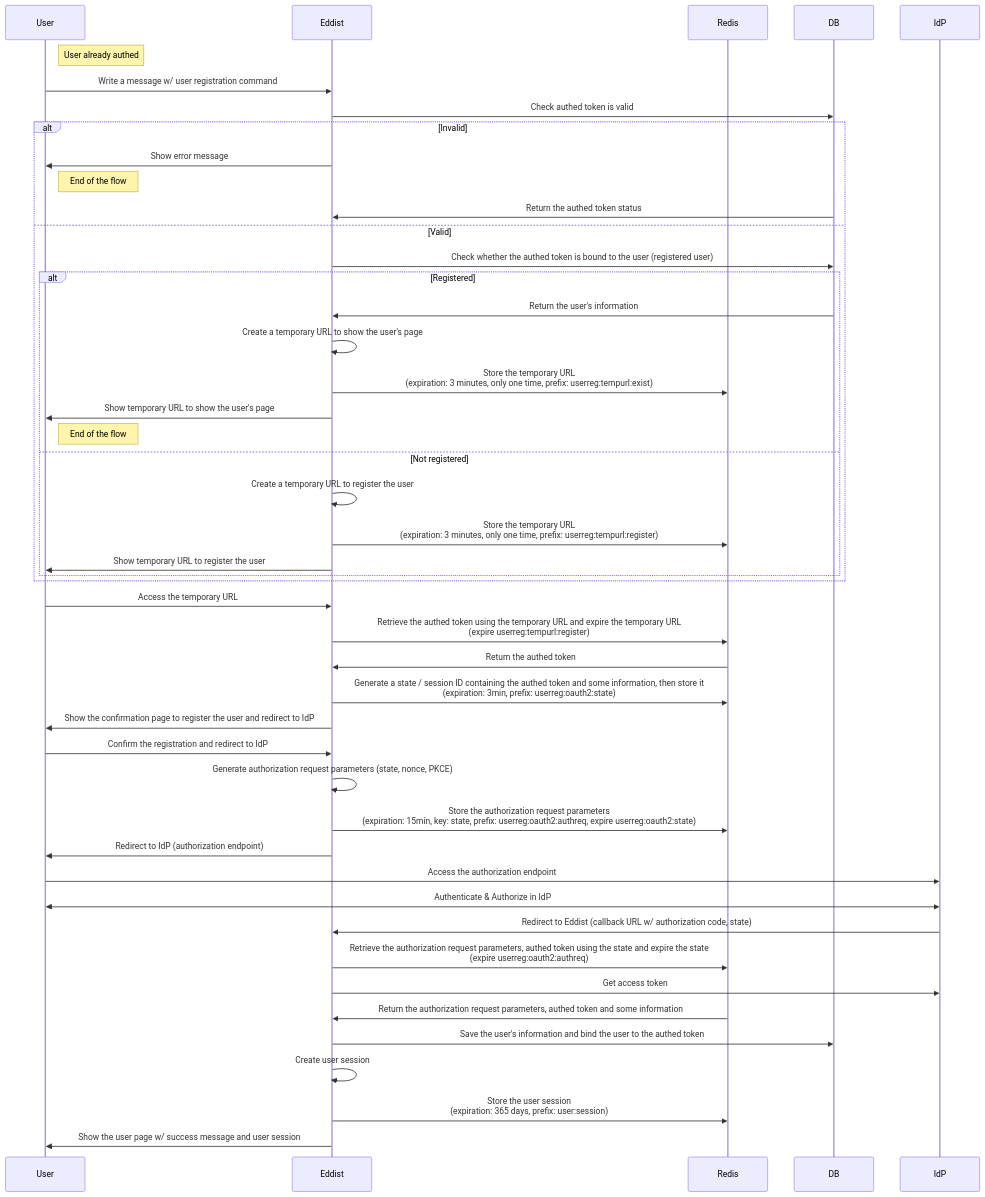
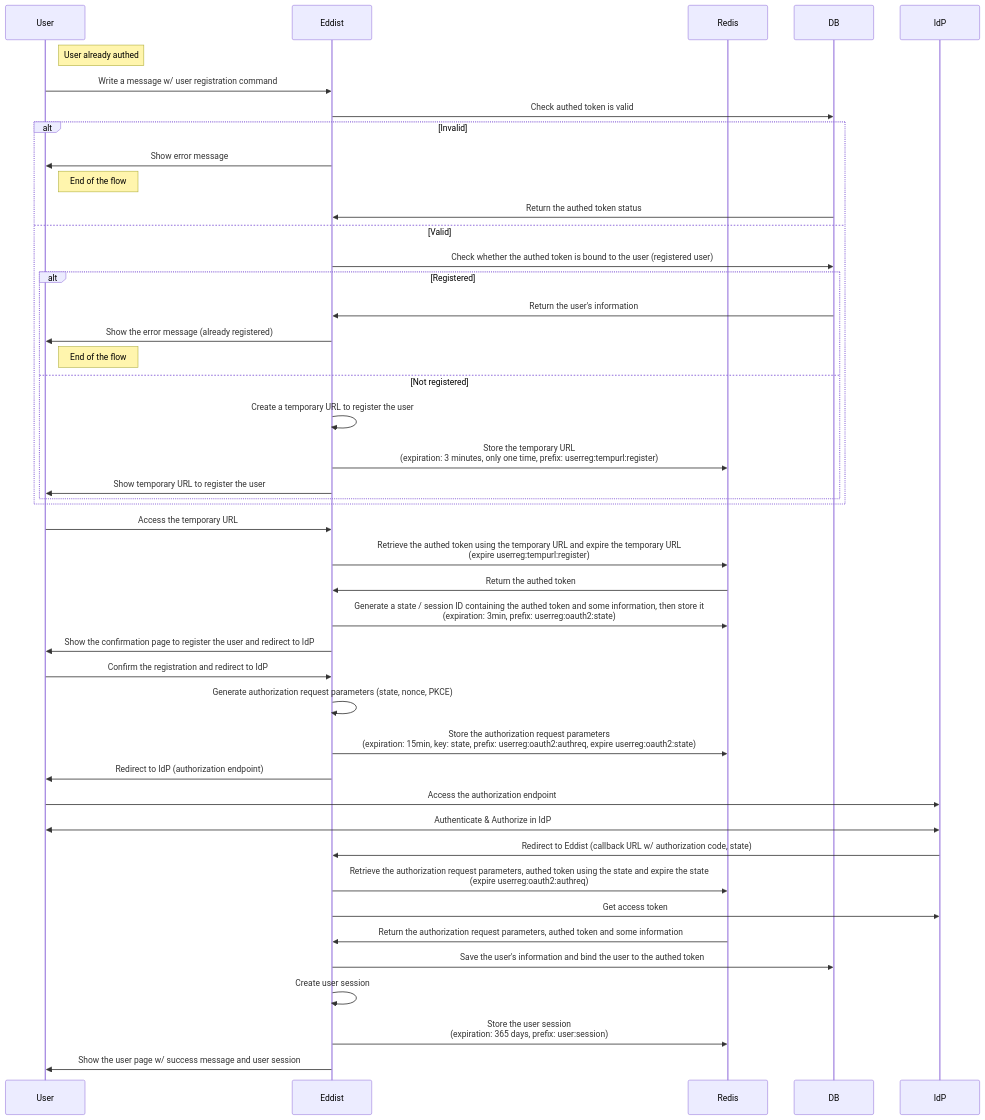
Before and after one commit to edginer/eddist: the first of 4 diagrams in docs/user-registration.md, drawn with Mermaid. The commit also changed other lines of this file and 11 other files, not shown here.

Commit message:
WIP: Add user page template and service, enhance user registration error handling

````diff
--- a/docs/user-registration.md
+++ b/docs/user-registration.md
@@ -29,50 +29,48 @@
 ```mermaid
 sequenceDiagram
     participant User
     participant Eddist
     participant Redis
     participant DB
     participant IdP
 
     Note right of User: User already authed
     User->>Eddist: Write a message w/ user registration command
     Eddist->>DB: Check authed token is valid
     alt Invalid
         Eddist->>User: Show error message
         Note right of User: End of the flow
         DB->>Eddist: Return the authed token status
     else Valid
         Eddist->>DB: Check whether the authed token is bound to the user (registered user)
         alt Registered
             DB->>Eddist: Return the user's information
-            Eddist->>Eddist: Create a temporary URL to show the user's page
-            Eddist->>Redis: Store the temporary URL <br> (expiration: 3 minutes, only one time, prefix: userreg:tempurl:exist)
-            Eddist->>User: Show temporary URL to show the user's page
+            Eddist->>User: Show the error message (already registered)
             Note right of User: End of the flow
         else Not registered
             Eddist->>Eddist: Create a temporary URL to register the user
             Eddist->>Redis: Store the temporary URL <br> (expiration: 3 minutes, only one time, prefix: userreg:tempurl:register)
             Eddist->>User: Show temporary URL to register the user
         end
     end
     
     User->>Eddist: Access the temporary URL
     Eddist->>Redis: Retrieve the authed token using the temporary URL and expire the temporary URL <br> (expire userreg:tempurl:register)
     Redis->>Eddist: Return the authed token
     Eddist->>Redis: Generate a state / session ID containing the authed token and some information, then store it <br> (expiration: 3min, prefix: userreg:oauth2:state)
     Eddist->>User: Show the confirmation page to register the user and redirect to IdP
     User->>Eddist: Confirm the registration and redirect to IdP
     Eddist->>Eddist: Generate authorization request parameters (state, nonce, PKCE)    
     Eddist->>Redis: Store the authorization request parameters <br> (expiration: 15min, key: state, prefix: userreg:oauth2:authreq, expire userreg:oauth2:state)
     Eddist->>User: Redirect to IdP (authorization endpoint)
     User->>IdP: Access the authorization endpoint
     IdP<<->>User: Authenticate & Authorize in IdP
     IdP->>Eddist: Redirect to Eddist (callback URL w/ authorization code, state)
     Eddist->>Redis: Retrieve the authorization request parameters, authed token using the state and expire the state <br> (expire userreg:oauth2:authreq)
     Eddist->>IdP: Get access token
     Redis->>Eddist: Return the authorization request parameters, authed token and some information
     Eddist->>DB: Save the user's information and bind the user to the authed token
     Eddist->>Eddist: Create user session
     Eddist->>Redis: Store the user session <br> (expiration: 365 days, prefix: user:session)
     Eddist->>User: Show the user page w/ success message and user session
 ```
````
